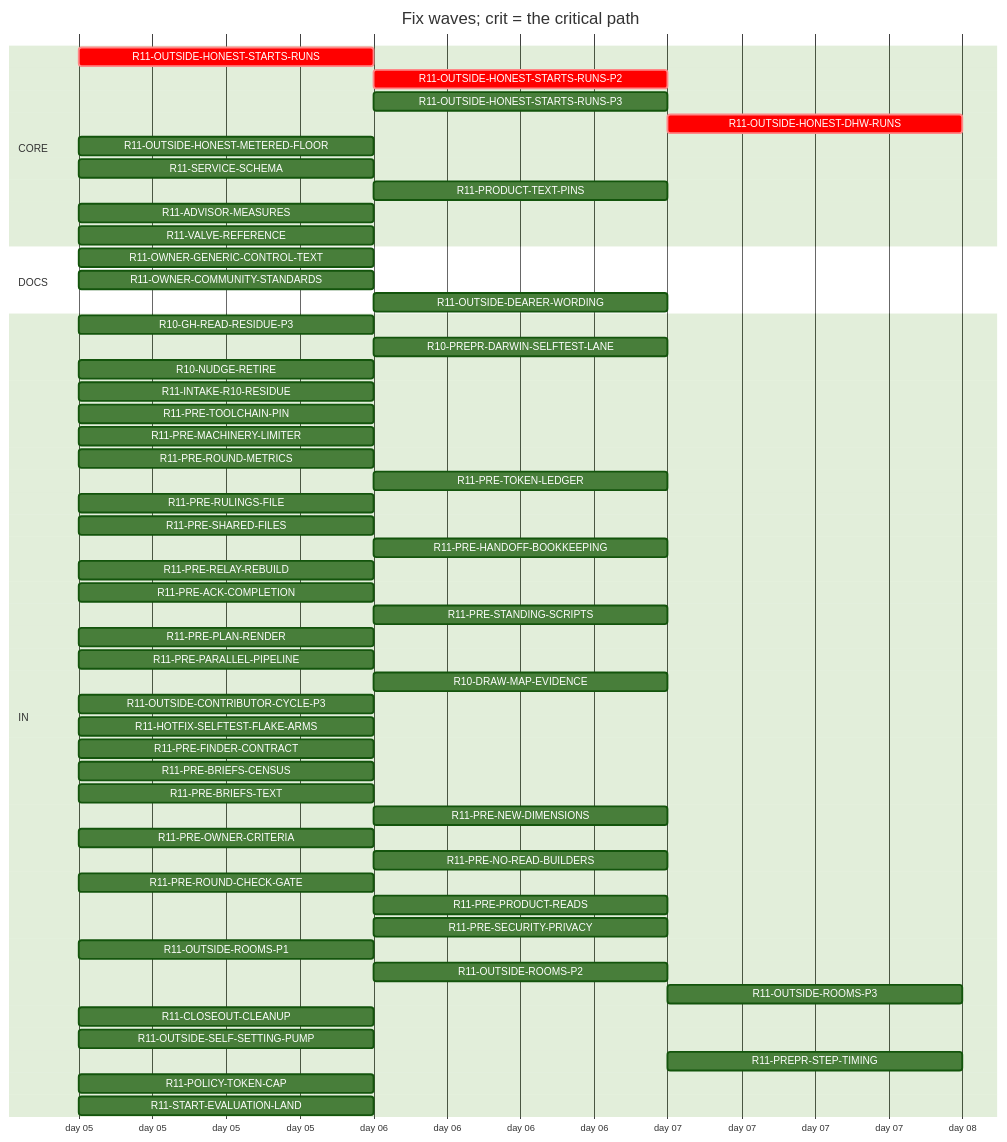
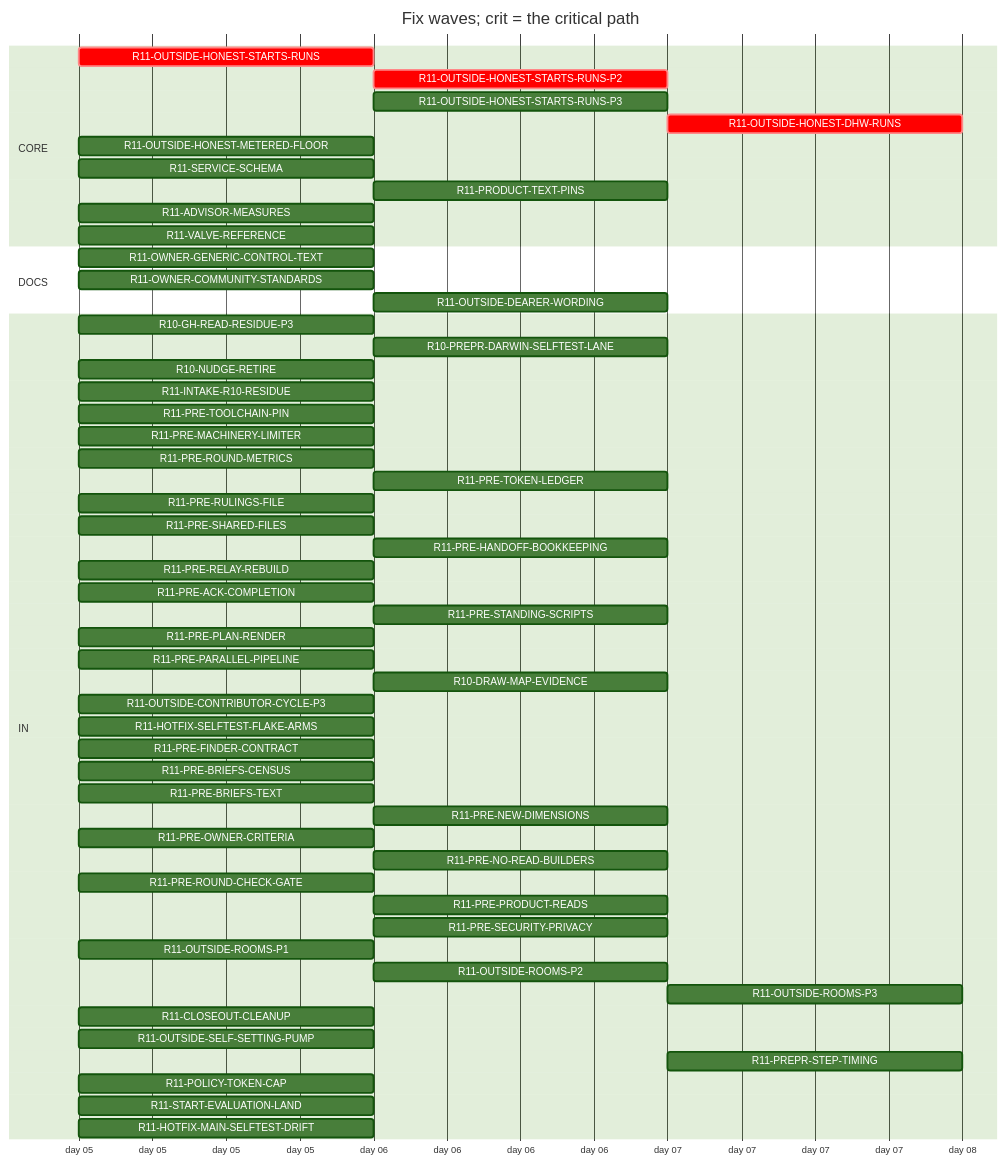
The diagram in handoff/round11/state/PLAN-TABLE.md (tvofi/heatpump_optimizer), drawn with Mermaid (forest theme) before and after one commit. The commit also changed other lines of this file and 4 other files, not shown here.

Commit message:
state: FLOW-BOARD.md, NEXT-SESSION-PROMPT.md, PLAN-TABLE.md, PLAN.html, RESUME-CURRENT.md regenerated (state_docs.py)

````diff
--- a/handoff/round11/state/PLAN-TABLE.md
+++ b/handoff/round11/state/PLAN-TABLE.md
@@ -16,57 +16,58 @@
 ```mermaid
 gantt
   title Fix waves; crit = the critical path
   dateFormat YYYY-MM-DD
   axisFormat day %d
   section CORE
     R11-OUTSIDE-HONEST-STARTS-RUNS :crit, r11OUTSIDEHONESTSTARTSRUNS, 2026-01-05, 1d
     R11-OUTSIDE-HONEST-STARTS-RUNS-P2 :crit, r11OUTSIDEHONESTSTARTSRUNSP2, after r11OUTSIDEHONESTSTARTSRUNS, 1d
     R11-OUTSIDE-HONEST-STARTS-RUNS-P3 :r11OUTSIDEHONESTSTARTSRUNSP3, after r11OUTSIDEHONESTSTARTSRUNS, 1d
     R11-OUTSIDE-HONEST-DHW-RUNS :crit, r11OUTSIDEHONESTDHWRUNS, after r11OUTSIDEHONESTSTARTSRUNS r11OUTSIDEHONESTSTARTSRUNSP2, 1d
     R11-OUTSIDE-HONEST-METERED-FLOOR :r11OUTSIDEHONESTMETEREDFLOOR, 2026-01-05, 1d
     R11-SERVICE-SCHEMA :r11SERVICESCHEMA, 2026-01-05, 1d
     R11-PRODUCT-TEXT-PINS :r11PRODUCTTEXTPINS, after r11OUTSIDEROOMSP1, 1d
     R11-ADVISOR-MEASURES :r11ADVISORMEASURES, 2026-01-05, 1d
     R11-VALVE-REFERENCE :r11VALVEREFERENCE, 2026-01-05, 1d
   section DOCS
     R11-OWNER-GENERIC-CONTROL-TEXT :r11OWNERGENERICCONTROLTEXT, 2026-01-05, 1d
     R11-OWNER-COMMUNITY-STANDARDS :r11OWNERCOMMUNITYSTANDARDS, 2026-01-05, 1d
     R11-OUTSIDE-DEARER-WORDING :r11OUTSIDEDEARERWORDING, after r11OWNERGENERICCONTROLTEXT, 1d
   section IN
     R10-GH-READ-RESIDUE-P3 :r10GHREADRESIDUEP3, 2026-01-05, 1d
     R10-PREPR-DARWIN-SELFTEST-LANE :r10PREPRDARWINSELFTESTLANE, after r10GHREADRESIDUEP3, 1d
     R10-NUDGE-RETIRE :r10NUDGERETIRE, 2026-01-05, 1d
     R11-INTAKE-R10-RESIDUE :r11INTAKER10RESIDUE, 2026-01-05, 1d
     R11-PRE-TOOLCHAIN-PIN :r11PRETOOLCHAINPIN, 2026-01-05, 1d
     R11-PRE-MACHINERY-LIMITER :r11PREMACHINERYLIMITER, 2026-01-05, 1d
     R11-PRE-ROUND-METRICS :r11PREROUNDMETRICS, 2026-01-05, 1d
     R11-PRE-TOKEN-LEDGER :r11PRETOKENLEDGER, after r10GHREADRESIDUEP3, 1d
     R11-PRE-RULINGS-FILE :r11PRERULINGSFILE, 2026-01-05, 1d
     R11-PRE-SHARED-FILES :r11PRESHAREDFILES, 2026-01-05, 1d
     R11-PRE-HANDOFF-BOOKKEEPING :r11PREHANDOFFBOOKKEEPING, after r11PRERELAYREBUILD, 1d
     R11-PRE-RELAY-REBUILD :r11PRERELAYREBUILD, 2026-01-05, 1d
     R11-PRE-ACK-COMPLETION :r11PREACKCOMPLETION, 2026-01-05, 1d
     R11-PRE-STANDING-SCRIPTS :r11PRESTANDINGSCRIPTS, after r11PREPARALLELPIPELINE, 1d
     R11-PRE-PLAN-RENDER :r11PREPLANRENDER, 2026-01-05, 1d
     R11-PRE-PARALLEL-PIPELINE :r11PREPARALLELPIPELINE, 2026-01-05, 1d
     R10-DRAW-MAP-EVIDENCE :r10DRAWMAPEVIDENCE, after r11OUTSIDESELFSETTINGPUMP, 1d
     R11-OUTSIDE-CONTRIBUTOR-CYCLE-P3 :r11OUTSIDECONTRIBUTORCYCLEP3, 2026-01-05, 1d
     R11-HOTFIX-SELFTEST-FLAKE-ARMS :r11HOTFIXSELFTESTFLAKEARMS, 2026-01-05, 1d
     R11-PRE-FINDER-CONTRACT :r11PREFINDERCONTRACT, 2026-01-05, 1d
     R11-PRE-BRIEFS-CENSUS :r11PREBRIEFSCENSUS, 2026-01-05, 1d
     R11-PRE-BRIEFS-TEXT :r11PREBRIEFSTEXT, 2026-01-05, 1d
     R11-PRE-NEW-DIMENSIONS :r11PRENEWDIMENSIONS, after r11PREFINDERCONTRACT r11PREBRIEFSCENSUS, 1d
     R11-PRE-OWNER-CRITERIA :r11PREOWNERCRITERIA, 2026-01-05, 1d
     R11-PRE-NO-READ-BUILDERS :r11PRENOREADBUILDERS, after r11PREMACHINERYLIMITER, 1d
     R11-PRE-ROUND-CHECK-GATE :r11PREROUNDCHECKGATE, 2026-01-05, 1d
     R11-PRE-PRODUCT-READS :r11PREPRODUCTREADS, after r11PREBRIEFSCENSUS, 1d
     R11-PRE-SECURITY-PRIVACY :r11PRESECURITYPRIVACY, after r11PREFINDERCONTRACT r11PREBRIEFSCENSUS, 1d
     R11-OUTSIDE-ROOMS-P1 :r11OUTSIDEROOMSP1, 2026-01-05, 1d
     R11-OUTSIDE-ROOMS-P2 :r11OUTSIDEROOMSP2, after r11OUTSIDEROOMSP1, 1d
     R11-OUTSIDE-ROOMS-P3 :r11OUTSIDEROOMSP3, after r11OUTSIDEROOMSP2, 1d
     R11-CLOSEOUT-CLEANUP :r11CLOSEOUTCLEANUP, 2026-01-05, 1d
     R11-OUTSIDE-SELF-SETTING-PUMP :r11OUTSIDESELFSETTINGPUMP, 2026-01-05, 1d
     R11-PREPR-STEP-TIMING :r11PREPRSTEPTIMING, after r10PREPRDARWINSELFTESTLANE, 1d
     R11-POLICY-TOKEN-CAP :r11POLICYTOKENCAP, 2026-01-05, 1d
     R11-START-EVALUATION-LAND :r11STARTEVALUATIONLAND, 2026-01-05, 1d
+    R11-HOTFIX-MAIN-SELFTEST-DRIFT :r11HOTFIXMAINSELFTESTDRIFT, 2026-01-05, 1d
 ```
````
